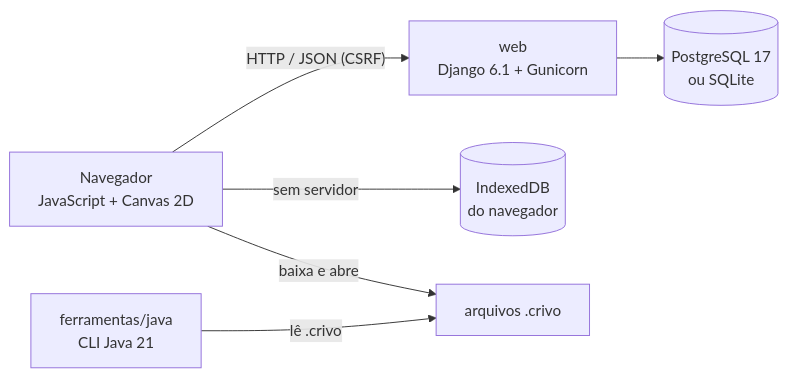
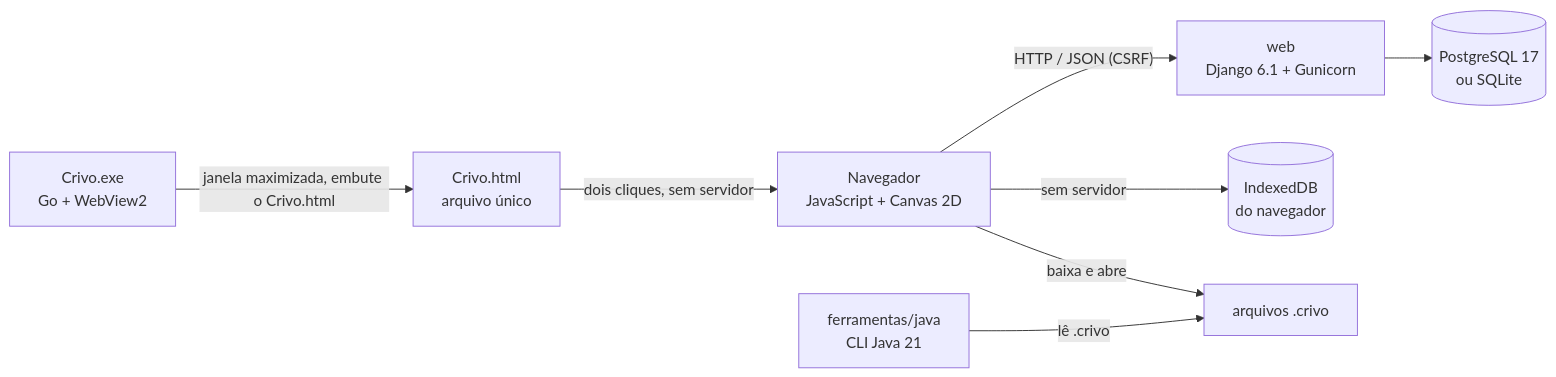
One commit to ravelroot/Pixel-Art-Matrix-Editor changed the diagram in README.md. Above: the diagram before and after it, drawn with Mermaid. The commit also changed other lines of this file and 22 other files, not shown here.

````diff
--- a/README.md
+++ b/README.md
@@ -56,8 +57,10 @@
 ```mermaid
 flowchart LR
+    EXE["Crivo.exe<br/>Go + WebView2"] -- "janela maximizada, embute o Crivo.html" --> HTML
+    HTML["Crivo.html<br/>arquivo único"] -- "dois cliques, sem servidor" --> UI
     UI["Navegador<br/>JavaScript + Canvas 2D"] -- "HTTP / JSON (CSRF)" --> WEB["web<br/>Django 6.1 + Gunicorn"]
     UI -- "sem servidor" --> IDB[("IndexedDB<br/>do navegador")]
     WEB --> PG[("PostgreSQL 17<br/>ou SQLite")]
     CLI["ferramentas/java<br/>CLI Java 21"] -- "lê .crivo" --> ARQ["arquivos .crivo"]
     UI -- "baixa e abre" --> ARQ
 ```
````
